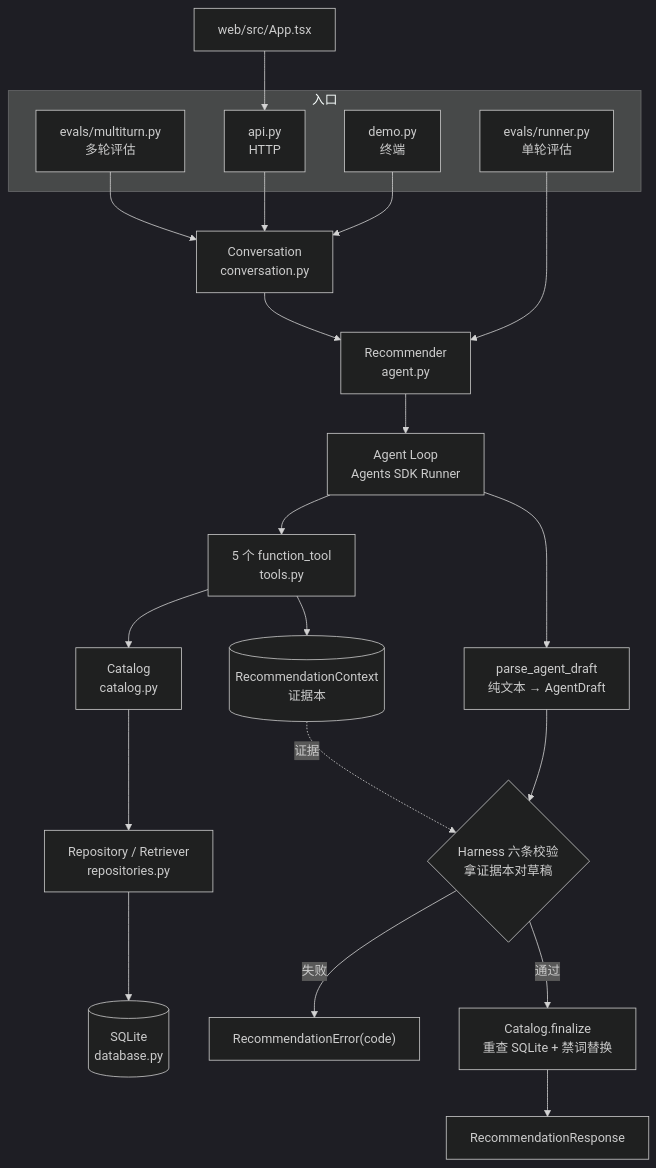
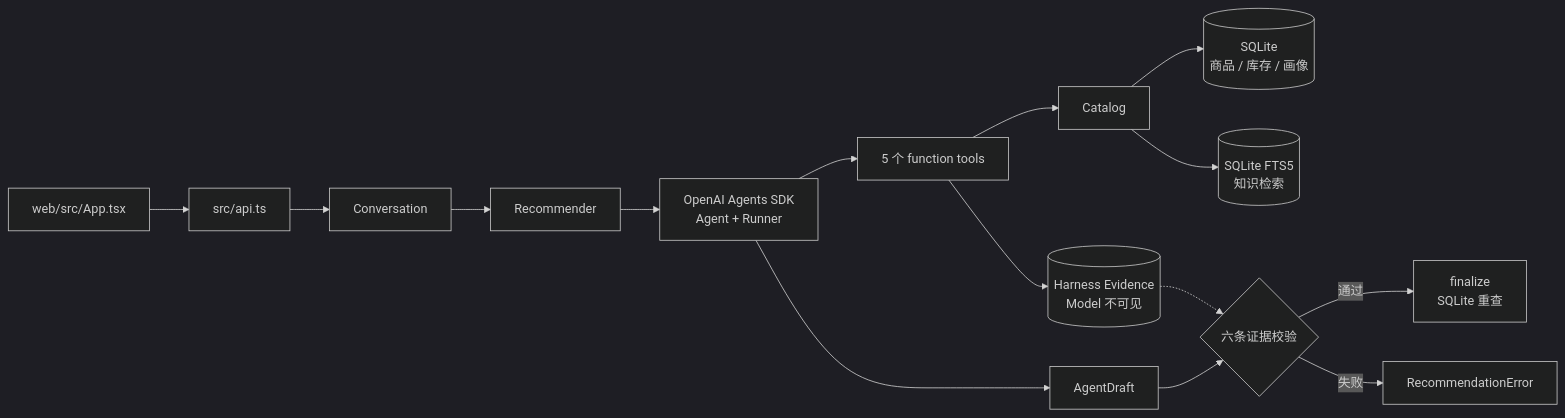
The diagram in docs/roadmap.md (ImWenyaoT/chatty), drawn with Mermaid (dark theme) before and after one commit. The commit also changed other lines of this file and 5 other files, not shown here.

````diff
--- a/docs/roadmap.md
+++ b/docs/roadmap.md
@@ -13,30 +7,17 @@
 ```mermaid
-flowchart TB
-    subgraph 入口
-        D["demo.py<br/>终端"]
-        H["api.py<br/>HTTP"]
-        E1["evals/runner.py<br/>单轮评估"]
-        E2["evals/multiturn.py<br/>多轮评估"]
-    end
-
-    W["web/src/App.tsx"] --> H
-    D --> C["Conversation<br/>conversation.py"]
-    H --> C
-    E2 --> C
-    E1 --> R["Recommender<br/>agent.py"]
-    C --> R
-
-    R --> L["Agent Loop<br/>Agents SDK Runner"]
-    L --> T["5 个 function_tool<br/>tools.py"]
-    T --> CTX[("RecommendationContext<br/>证据本")]
-    T --> CAT["Catalog<br/>catalog.py"]
-    CAT --> REP["Repository / Retriever<br/>repositories.py"]
-    REP --> DB[("SQLite<br/>database.py")]
-
-    L --> P["parse_agent_draft<br/>纯文本 → AgentDraft"]
-    P --> V{"Harness 六条校验<br/>拿证据本对草稿"}
-    CTX -.证据.-> V
-    V -->|失败| ERR["RecommendationError(code)"]
-    V -->|通过| FIN["Catalog.finalize<br/>重查 SQLite + 禁词替换"]
-    FIN --> RES["RecommendationResponse"]
+flowchart LR
+    UI["web/src/App.tsx"] --> API["src/api.ts"]
+    API --> C["Conversation"]
+    C --> R["Recommender"]
+    R --> SDK["OpenAI Agents SDK<br/>Agent + Runner"]
+    SDK --> T["5 个 function tools"]
+    T --> E[("Harness Evidence<br/>Model 不可见")]
+    T --> CAT["Catalog"]
+    CAT --> DB[("SQLite<br/>商品 / 库存 / 画像")]
+    CAT --> FTS[("SQLite FTS5<br/>知识检索")]
+    SDK --> D["AgentDraft"]
+    D --> V{"六条证据校验"}
+    E -.-> V
+    V -->|"通过"| FIN["finalize<br/>SQLite 重查"]
+    V -->|"失败"| ERR["RecommendationError"]
 ```
````
